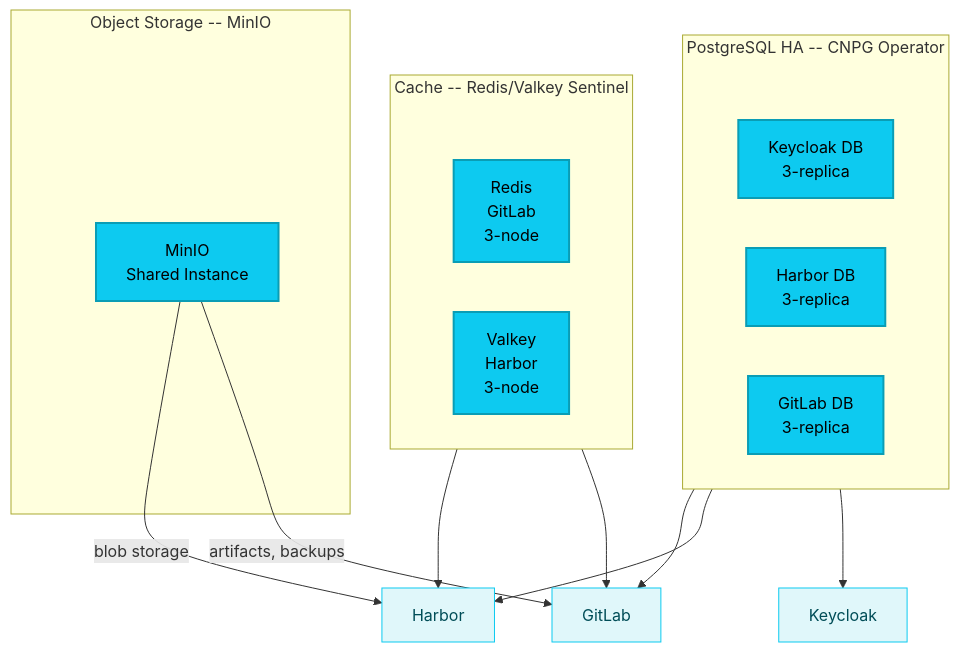
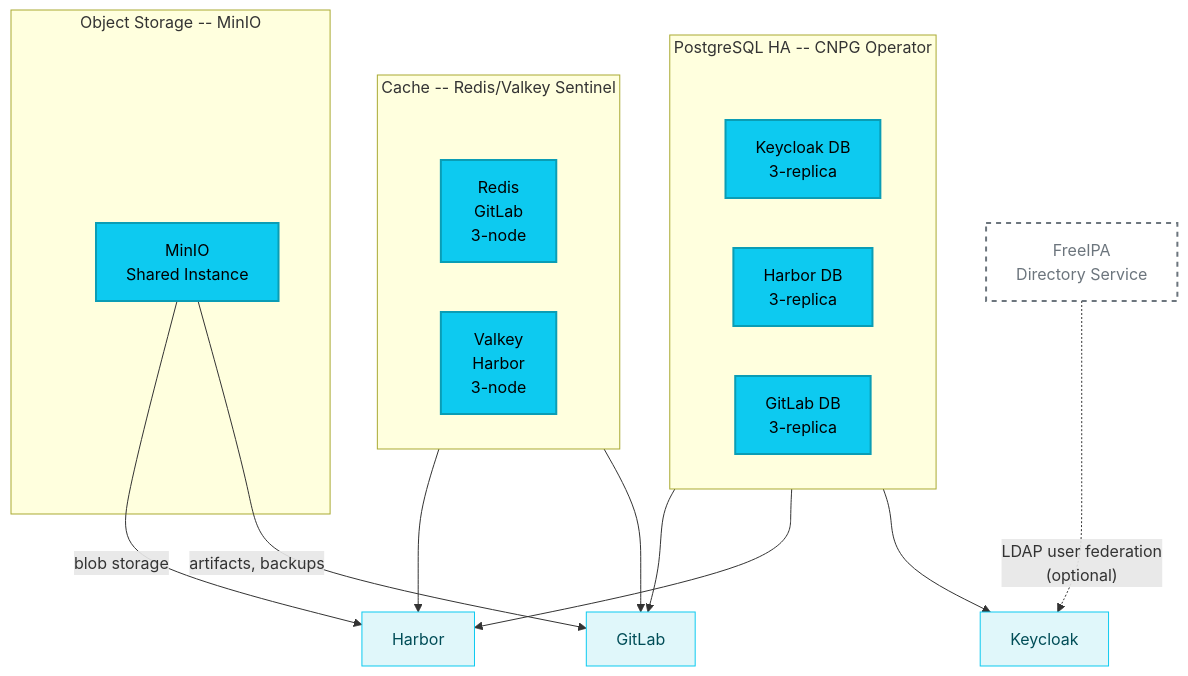
Before and after one commit to derhornspieler/harvester-rke2-svcs: the seventh of 9 diagrams in docs/architecture/landscape.md, drawn with Mermaid. The commit also changed other lines of this file, not shown here.

First line of the commit message:
docs: add optional FreeIPA LDAP federation to Keycloak diagrams

````diff
--- a/docs/architecture/landscape.md
+++ b/docs/architecture/landscape.md
@@ -256,37 +259,41 @@
 ```mermaid
 graph TD
     subgraph postgres["PostgreSQL HA -- CNPG Operator"]
         direction LR
         pg_pad[ ]:::hidden
         PG_KC["Keycloak DB<br/>3-replica"]
         PG_HB["Harbor DB<br/>3-replica"]
         PG_GL["GitLab DB<br/>3-replica"]
     end
 
     subgraph cache["Cache -- Redis/Valkey Sentinel"]
         direction LR
         ca_pad[ ]:::hidden
         Redis_GL["Redis<br/>GitLab<br/>3-node"]
         Valkey_HB["Valkey<br/>Harbor<br/>3-node"]
     end
 
     subgraph object["Object Storage -- MinIO"]
         ob_pad[ ]:::hidden
         MinIO["MinIO<br/>Shared Instance"]
     end
 
+    FreeIPA["FreeIPA<br/>Directory Service"]:::optional
+
     PG_KC --> KC["Keycloak"]
+    FreeIPA -. "LDAP user federation<br/>(optional)" .-> KC
     PG_HB --> HB["Harbor"]
     PG_GL --> GL["GitLab"]
     Redis_GL --> GL
     Valkey_HB --> HB
     MinIO -- "artifacts, backups" --> GL
     MinIO -- "blob storage" --> HB
 
     classDef data fill:#0dcaf0,color:#000,stroke:#0a9db5,stroke-width:2px
     classDef app fill:#e0f7fa,color:#004d57,stroke:#0dcaf0,stroke-width:1px
+    classDef optional fill:#fff,color:#6c757d,stroke:#6c757d,stroke-width:2px,stroke-dasharray:5 5
 
     class PG_KC,PG_HB,PG_GL,Redis_GL,Valkey_HB,MinIO data
     class KC,HB,GL app
     classDef hidden display:none
 ```
````
